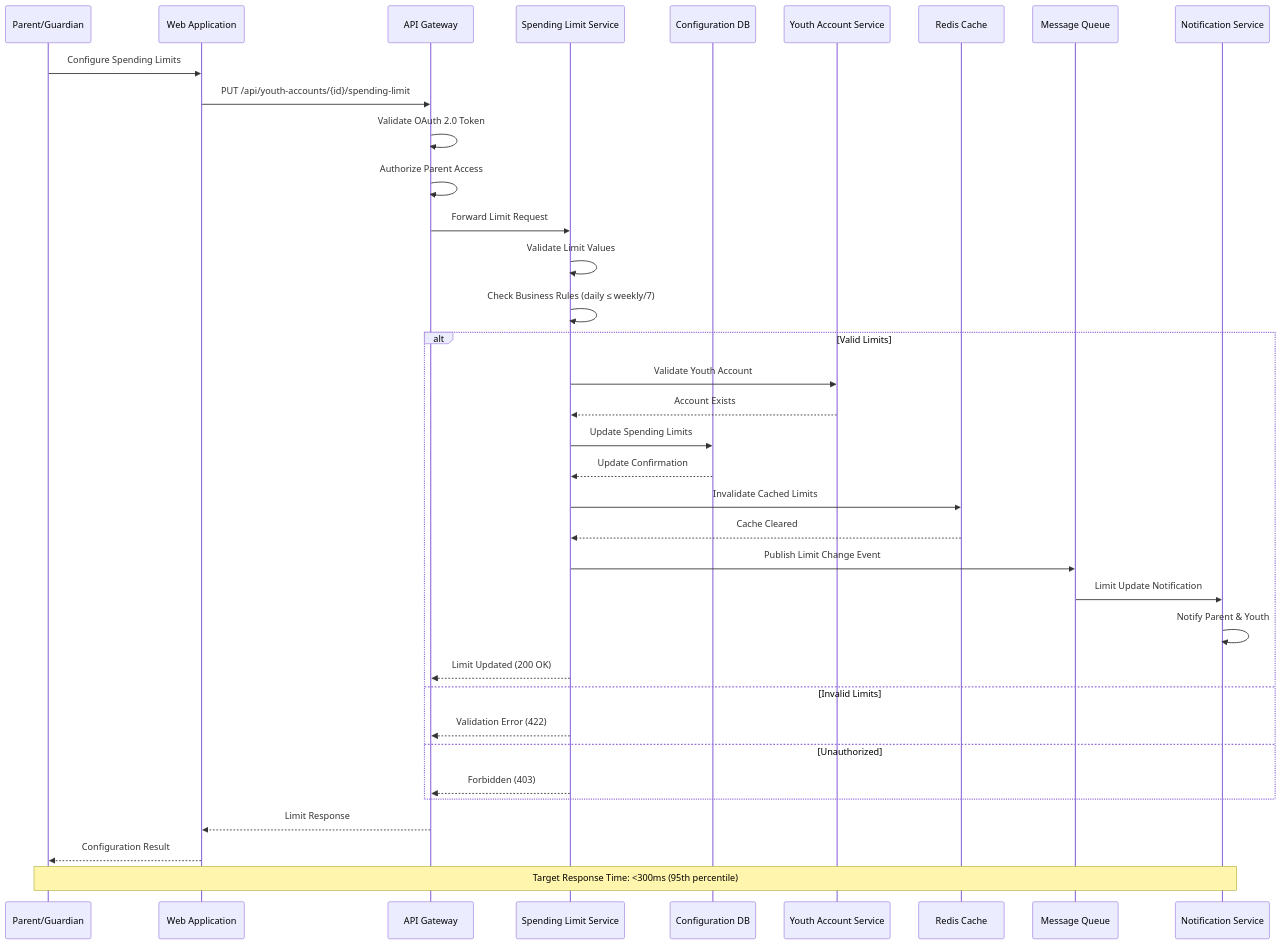
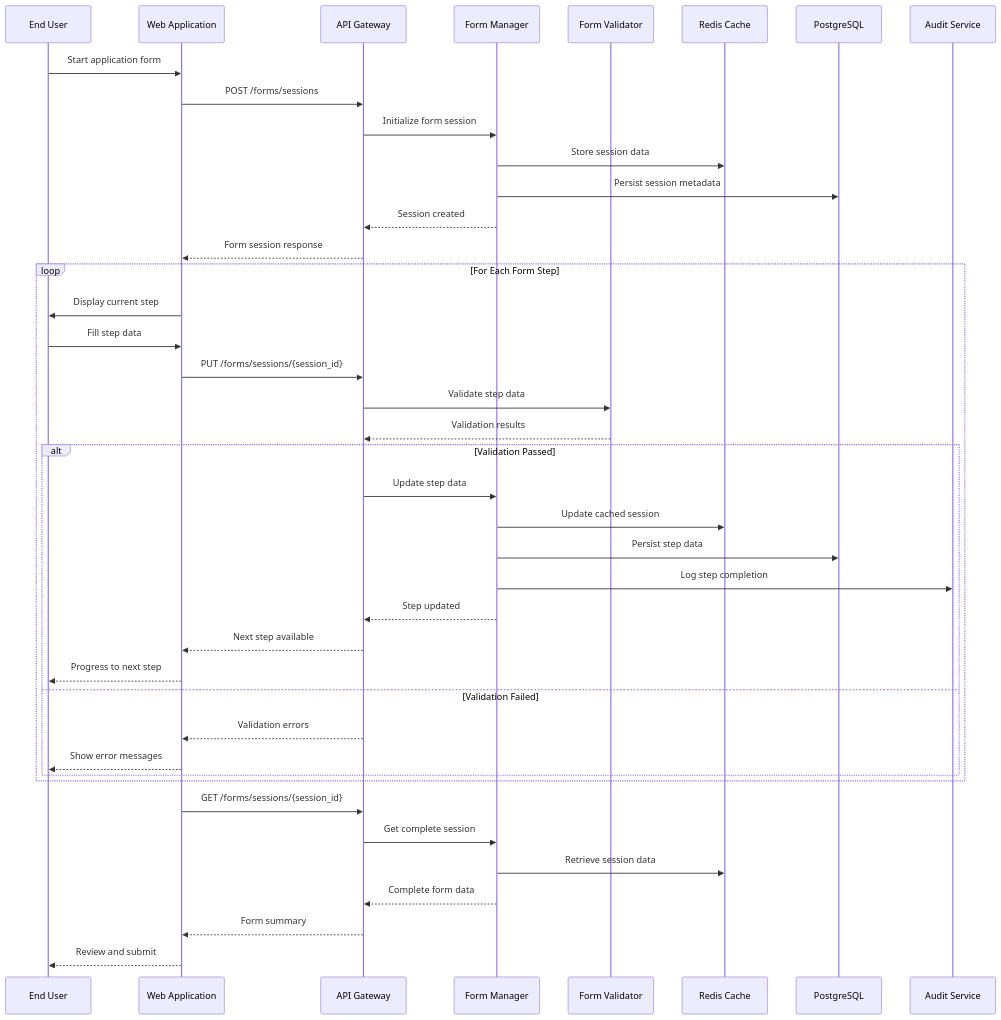
One commit to ThapaswiASC/SCIB-INCEPTION-PHASE-DEMO changed the second of 7 diagrams in API Development/Components and Sequence Diagrams/sequence_diagram.md. Above: the diagram before and after it, drawn with Mermaid. The commit also changed other lines of this file and 1 other file, not shown here.

````diff
--- a/API Development/Components and Sequence Diagrams/sequence_diagram.md
+++ b/API Development/Components and Sequence Diagrams/sequence_diagram.md
@@ -123,49 +67,47 @@
 ```mermaid
 sequenceDiagram
-    participant Parent as Parent/Guardian
+    participant User as End User
     participant WebApp as Web Application
-    participant APIGateway as API Gateway
-    participant LimitService as Spending Limit Service
-    participant ConfigDB as Configuration DB
-    participant YouthService as Youth Account Service
+    participant API as API Gateway
+    participant FormMgr as Form Manager
+    participant Validator as Form Validator
     participant Cache as Redis Cache
-    participant MessageQueue as Message Queue
-    participant NotificationService as Notification Service
+    participant DB as PostgreSQL
+    participant Audit as Audit Service
     
-    Parent->>WebApp: Configure Spending Limits
-    WebApp->>APIGateway: PUT /api/youth-accounts/{id}/spending-limit
-    APIGateway->>APIGateway: Validate OAuth 2.0 Token
-    APIGateway->>APIGateway: Authorize Parent Access
-    APIGateway->>LimitService: Forward Limit Request
+    User->>WebApp: Start application form
+    WebApp->>API: POST /forms/sessions
+    API->>FormMgr: Initialize form session
+    FormMgr->>Cache: Store session data
+    FormMgr->>DB: Persist session metadata
+    FormMgr-->>API: Session created
+    API-->>WebApp: Form session response
     
-    LimitService->>LimitService: Validate Limit Values
-    LimitService->>LimitService: Check Business Rules (daily ≤ weekly/7)
-    
-    alt Valid Limits
-        LimitService->>YouthService: Validate Youth Account
-        YouthService-->>LimitService: Account Exists
+    loop For Each Form Step
+        WebApp->>User: Display current step
+        User->>WebApp: Fill step data
+        WebApp->>API: PUT /forms/sessions/{session_id}
+        API->>Validator: Validate step data
+        Validator-->>API: Validation results
         
-        LimitService->>ConfigDB: Update Spending Limits
-        ConfigDB-->>LimitService: Update Confirmation
-        
-        LimitService->>Cache: Invalidate Cached Limits
-        Cache-->>LimitService: Cache Cleared
-        
-        LimitService->>MessageQueue: Publish Limit Change Event
-        MessageQueue->>NotificationService: Limit Update Notification
-        NotificationService->>NotificationService: Notify Parent & Youth
-        
-        LimitService-->>APIGateway: Limit Updated (200 OK)
-        
-    else Invalid Limits
-        LimitService-->>APIGateway: Validation Error (422)
-        
-    else Unauthorized
-        LimitService-->>APIGateway: Forbidden (403)
+        alt Validation Passed
+            API->>FormMgr: Update step data
+            FormMgr->>Cache: Update cached session
+            FormMgr->>DB: Persist step data
+            FormMgr->>Audit: Log step completion
+            FormMgr-->>API: Step updated
+            API-->>WebApp: Next step available
+            WebApp-->>User: Progress to next step
+        else Validation Failed
+            API-->>WebApp: Validation errors
+            WebApp-->>User: Show error messages
+        end
     end
     
-    APIGateway-->>WebApp: Limit Response
-    WebApp-->>Parent: Configuration Result
-    
-    Note over Parent, NotificationService: Target Response Time: <300ms (95th percentile)
+    WebApp->>API: GET /forms/sessions/{session_id}
+    API->>FormMgr: Get complete session
+    FormMgr->>Cache: Retrieve session data
+    FormMgr-->>API: Complete form data
+    API-->>WebApp: Form summary
+    WebApp-->>User: Review and submit
 ```
````
